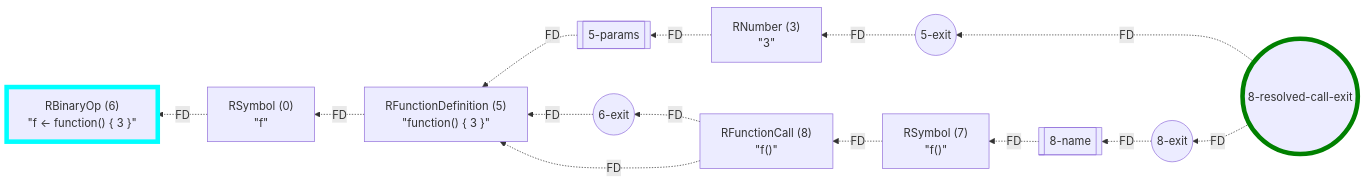
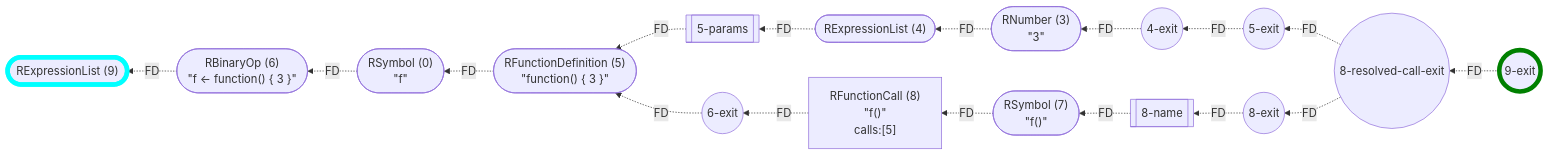
Before and after one commit to flowr-analysis/flowr: the sixth of 23 diagrams in wiki/Control Flow Graph.md, drawn with Mermaid. The commit also changed other lines of this file and 339 other files, not shown here.

````diff
--- a/wiki/Control Flow Graph.md
+++ b/wiki/Control Flow Graph.md
@@ -171,35 +337,43 @@
 ```mermaid
 flowchart RL
-    n0["`RSymbol (0)
-#34;f#34;`"]
+    n9(["`RExpressionList (9)`"])
+    n0(["`RSymbol (0)
+#34;f#34;`"])
     n5-params[[5-params]]
     n5-exit((5-exit))
-    n5["`RFunctionDefinition (5)
-#34;function() #123; 3 #125;#34;`"]
-    n3["`RNumber (3)
-#34;3#34;`"]
-    n6["`RBinaryOp (6)
-#34;f #60;#45; function() #123; 3 #125;#34;`"]
+    n5(["`RFunctionDefinition (5)
+#34;function() #123; 3 #125;#34;`"])
+    n4(["`RExpressionList (4)`"])
+    n3(["`RNumber (3)
+#34;3#34;`"])
+    n4-exit((4-exit))
+    n6(["`RBinaryOp (6)
+#34;f #60;#45; function() #123; 3 #125;#34;`"])
     n6-exit((6-exit))
-    n7["`RSymbol (7)
-#34;f()#34;`"]
+    n7(["`RSymbol (7)
+#34;f()#34;`"])
     n8["`RFunctionCall (8)
-#34;f()#34;`"]
+#34;f()#34;
+ calls:#91;5#93;`"]
     n8-name[[8-name]]
     n8-exit((8-exit))
     n8-resolved-call-exit((8-resolved-call-exit))
+    n9-exit((9-exit))
+    n6 -.->|"FD"| n9
+    n3 -.->|"FD"| n4
+    n4-exit -.->|"FD"| n3
     n5-params -.->|"FD"| n5
-    n3 -.->|"FD"| n5-params
-    n5-exit -.->|"FD"| n3
+    n4 -.->|"FD"| n5-params
+    n5-exit -.->|"FD"| n4-exit
     n5 -.->|"FD"| n0
     n0 -.->|"FD"| n6
     n6-exit -.->|"FD"| n5
     n8 -.->|"FD"| n6-exit
-    n8 -.->|"FD"| n5
     n7 -.->|"FD"| n8
     n8-name -.->|"FD"| n7
     n8-exit -.->|"FD"| n8-name
     n8-resolved-call-exit -.->|"FD"| n8-exit
     n8-resolved-call-exit -.->|"FD"| n5-exit
-    style n6 stroke:cyan,stroke-width:6.5px;    style n8-resolved-call-exit stroke:green,stroke-width:6.5px;
+    n9-exit -.->|"FD"| n8-resolved-call-exit
+    style n9 stroke:cyan,stroke-width:6.5px;    style n9-exit stroke:green,stroke-width:6.5px;
 ```
````
